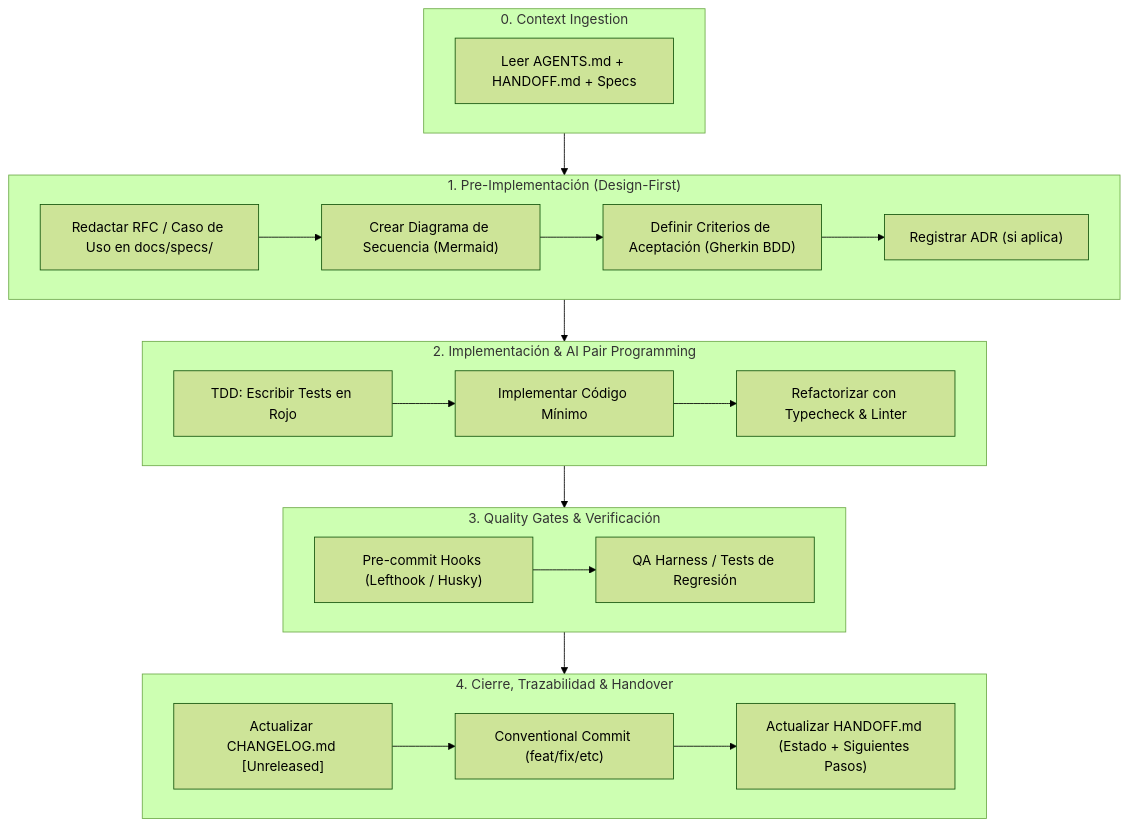
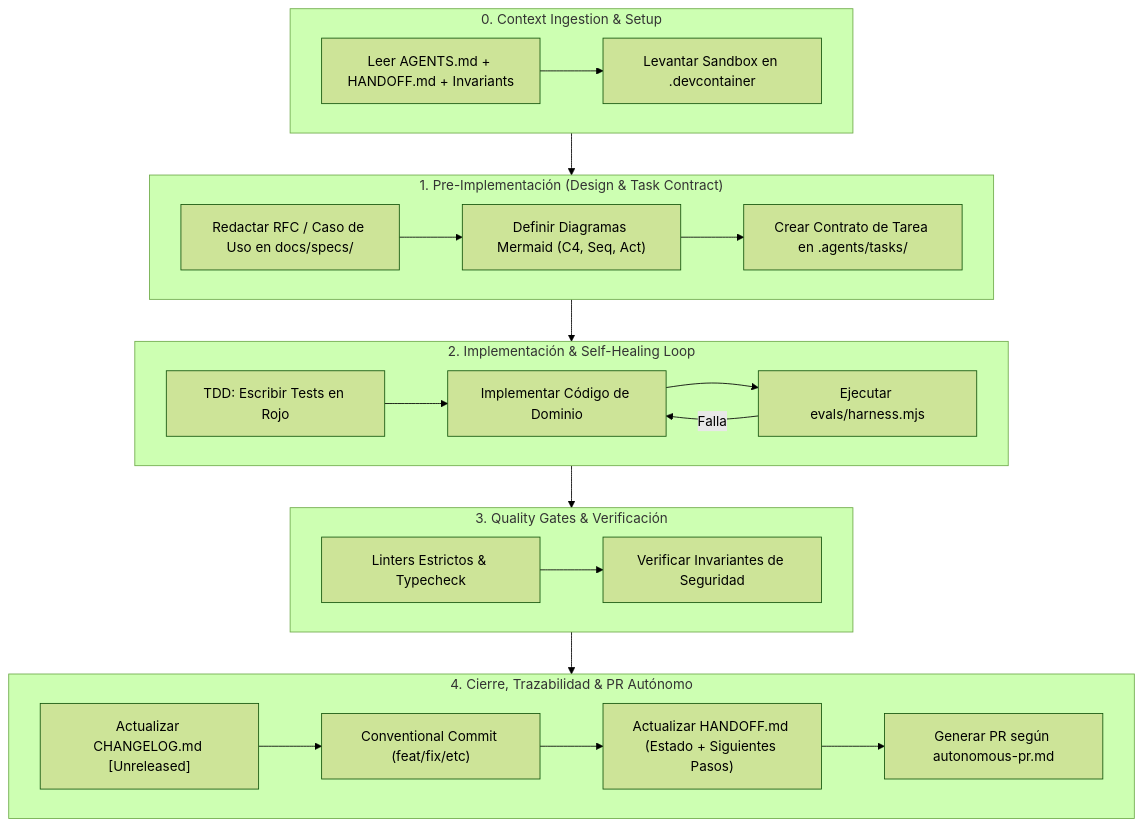
One commit to trautslab/ai-sdlc-framework changed the diagram in AI-SDLC-GUIDELINES.md. Above: the diagram before and after it, drawn with Mermaid (forest theme). The commit also changed other lines of this file and 10 other files, not shown here.

Commit message:
feat(agentic): add Agentic-Native architecture (Minions model, DevContainer, Task Contracts, Invariants, MCP, and Eval Harness)

````diff
--- a/AI-SDLC-GUIDELINES.md
+++ b/AI-SDLC-GUIDELINES.md
@@ -59,36 +73,39 @@
 ```mermaid
 flowchart TD
-    subgraph FASE_0["0. Context Ingestion"]
-        A["Leer AGENTS.md + HANDOFF.md + Specs"]
+    subgraph FASE_0["0. Context Ingestion & Setup"]
+        A["Leer AGENTS.md + HANDOFF.md + Invariants"]
+        B["Levantar Sandbox en .devcontainer"]
+        A --> B
     end
 
-    subgraph FASE_1["1. Pre-Implementación (Design-First)"]
-        B["Redactar RFC / Caso de Uso en docs/specs/"]
-        C["Crear Diagrama de Secuencia (Mermaid)"]
-        D["Definir Criterios de Aceptación (Gherkin BDD)"]
-        E["Registrar ADR (si aplica)"]
-        B --> C --> D --> E
+    subgraph FASE_1["1. Pre-Implementación (Design & Task Contract)"]
+        C["Redactar RFC / Caso de Uso en docs/specs/"]
+        D["Definir Diagramas Mermaid (C4, Seq, Act)"]
+        E["Crear Contrato de Tarea en .agents/tasks/"]
+        C --> D --> E
     end
 
-    subgraph FASE_2["2. Implementación & AI Pair Programming"]
+    subgraph FASE_2["2. Implementación & Self-Healing Loop"]
         F["TDD: Escribir Tests en Rojo"]
-        G["Implementar Código Mínimo"]
-        H["Refactorizar con Typecheck & Linter"]
+        G["Implementar Código de Dominio"]
+        H["Ejecutar evals/harness.mjs"]
+        H -- Falla --> G
         F --> G --> H
     end
 
     subgraph FASE_3["3. Quality Gates & Verificación"]
-        I["Pre-commit Hooks (Lefthook / Husky)"]
-        J["QA Harness / Tests de Regresión"]
+        I["Linters Estrictos & Typecheck"]
+        J["Verificar Invariantes de Seguridad"]
         I --> J
     end
 
-    subgraph FASE_4["4. Cierre, Trazabilidad & Handover"]
+    subgraph FASE_4["4. Cierre, Trazabilidad & PR Autónomo"]
         K["Actualizar CHANGELOG.md [Unreleased]"]
         L["Conventional Commit (feat/fix/etc)"]
         M["Actualizar HANDOFF.md (Estado + Siguientes Pasos)"]
-        K --> L --> M
+        N["Generar PR según autonomous-pr.md"]
+        K --> L --> M --> N
     end
 
     FASE_0 --> FASE_1 --> FASE_2 --> FASE_3 --> FASE_4
 ```
````
